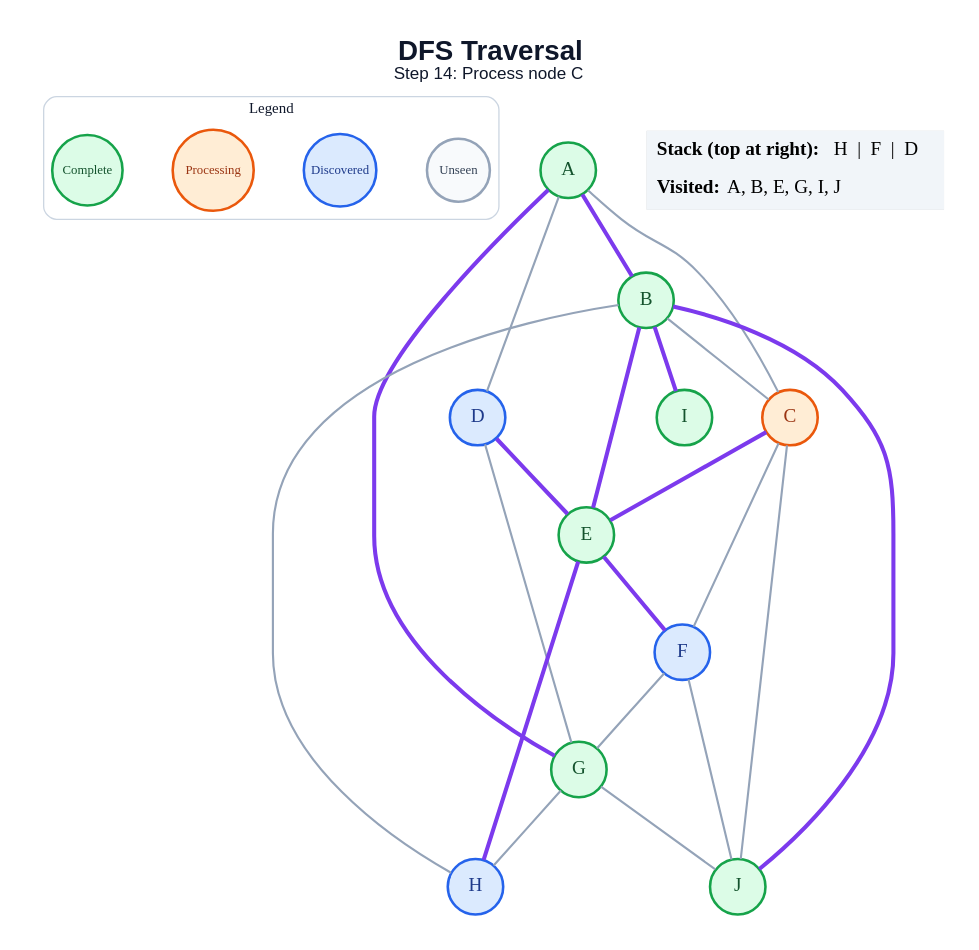
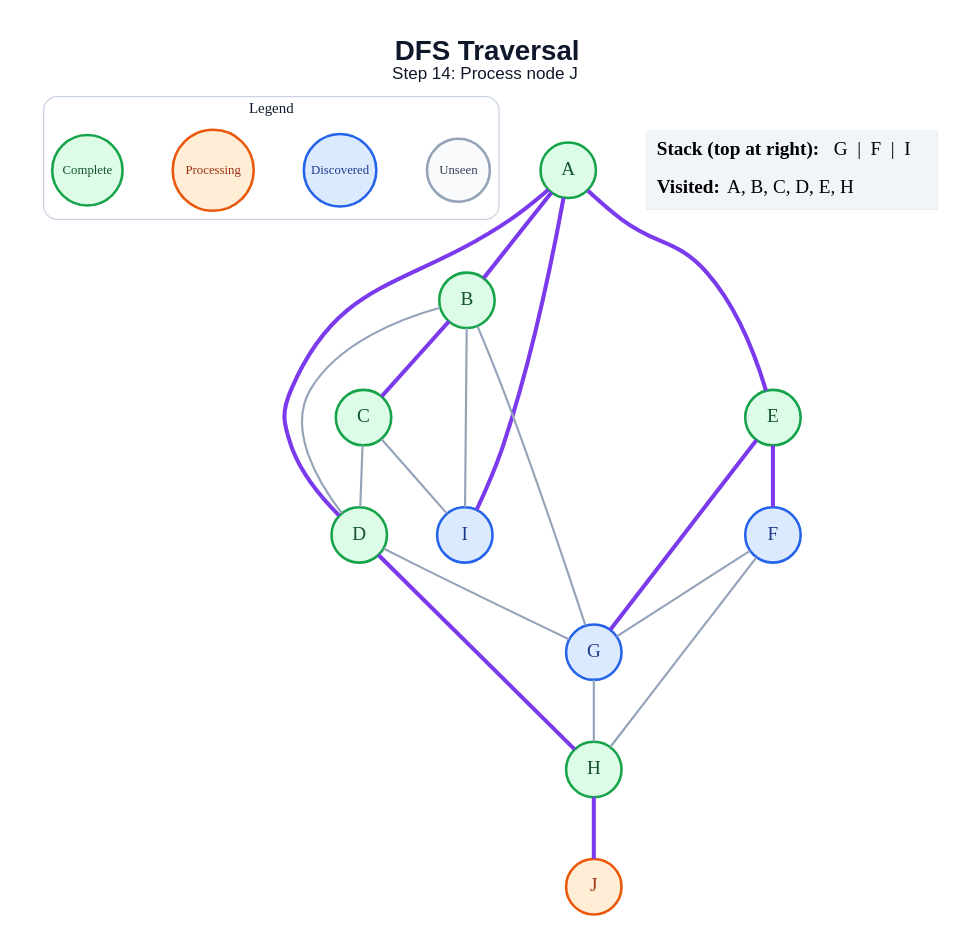
Before and after one commit to amanghodawala9/ai-slop: the diagram in generated/specific-node/dfs/step_14.dot, drawn with Graphviz. The commit also changed 178 other files, not shown here.

```diff
--- a/generated/specific-node/dfs/step_14.dot
+++ b/generated/specific-node/dfs/step_14.dot
@@ -1,49 +1,47 @@
 graph traversal {
   graph [layout=dot, rankdir=TB, bgcolor="#FFFFFF", pad="0.35", nodesep="0.65", ranksep="0.8", fontname="Arial"];
   node [shape=circle, style="filled", fontname="Arial Bold", fontsize=18, width=0.72, fixedsize=true, penwidth=2.4];
   edge [color="#94A3B8", penwidth=2.0];
-  label=<<B>DFS Traversal</B><BR/><FONT POINT-SIZE="16">Step 14: Process node C</FONT>>; labelloc="t"; fontsize=26; fontname="Arial"; fontcolor="#0F172A";
+  label=<<B>DFS Traversal</B><BR/><FONT POINT-SIZE="16">Step 14: Process node J</FONT>>; labelloc="t"; fontsize=26; fontname="Arial"; fontcolor="#0F172A";
   subgraph cluster_legend { label="Legend"; color="#CBD5E1"; penwidth=1.2; style="rounded"; fontsize=14; fontname="Arial Bold";
     key_unseen [label="Unseen", fillcolor="#F8FAFC", color="#94A3B8", fontcolor="#334155", fontsize=12, width=0.82];
     key_frontier [label="Discovered", fillcolor="#DBEAFE", color="#2563EB", fontcolor="#1E3A8A", fontsize=12, width=0.95];
     key_current [label="Processing", fillcolor="#FFEDD5", color="#EA580C", fontcolor="#9A3412", fontsize=12, width=1.05];
     key_done [label="Complete", fillcolor="#DCFCE7", color="#16A34A", fontcolor="#14532D", fontsize=12, width=0.92];
     { rank=same; key_unseen; key_frontier; key_current; key_done; }
   }
   A [fillcolor="#DCFCE7", color="#16A34A", fontcolor="#14532D"];
   B [fillcolor="#DCFCE7", color="#16A34A", fontcolor="#14532D"];
-  C [fillcolor="#FFEDD5", color="#EA580C", fontcolor="#9A3412"];
-  D [fillcolor="#DBEAFE", color="#2563EB", fontcolor="#1E3A8A"];
+  C [fillcolor="#DCFCE7", color="#16A34A", fontcolor="#14532D"];
+  D [fillcolor="#DCFCE7", color="#16A34A", fontcolor="#14532D"];
   E [fillcolor="#DCFCE7", color="#16A34A", fontcolor="#14532D"];
   F [fillcolor="#DBEAFE", color="#2563EB", fontcolor="#1E3A8A"];
-  G [fillcolor="#DCFCE7", color="#16A34A", fontcolor="#14532D"];
-  H [fillcolor="#DBEAFE", color="#2563EB", fontcolor="#1E3A8A"];
-  I [fillcolor="#DCFCE7", color="#16A34A", fontcolor="#14532D"];
-  J [fillcolor="#DCFCE7", color="#16A34A", fontcolor="#14532D"];
+  G [fillcolor="#DBEAFE", color="#2563EB", fontcolor="#1E3A8A"];
+  H [fillcolor="#DCFCE7", color="#16A34A", fontcolor="#14532D"];
+  I [fillcolor="#DBEAFE", color="#2563EB", fontcolor="#1E3A8A"];
+  J [fillcolor="#FFEDD5", color="#EA580C", fontcolor="#9A3412"];
   A -- B [color="#7C3AED", penwidth=3.8];
-  A -- C;
-  A -- D;
-  A -- G [color="#7C3AED", penwidth=3.8];
-  B -- C;
-  B -- E [color="#7C3AED", penwidth=3.8];
-  B -- H;
-  B -- I [color="#7C3AED", penwidth=3.8];
-  B -- J [color="#7C3AED", penwidth=3.8];
-  C -- E [color="#7C3AED", penwidth=3.8];
-  C -- F;
-  C -- J;
-  D -- E [color="#7C3AED", penwidth=3.8];
+  A -- D [color="#7C3AED", penwidth=3.8];
+  A -- E [color="#7C3AED", penwidth=3.8];
+  A -- I [color="#7C3AED", penwidth=3.8];
+  B -- C [color="#7C3AED", penwidth=3.8];
+  B -- D;
+  B -- G;
+  B -- I;
+  C -- D;
+  C -- I;
   D -- G;
+  D -- H [color="#7C3AED", penwidth=3.8];
   E -- F [color="#7C3AED", penwidth=3.8];
-  E -- H [color="#7C3AED", penwidth=3.8];
+  E -- G [color="#7C3AED", penwidth=3.8];
   F -- G;
-  F -- J;
+  F -- H;
   G -- H;
-  G -- J;
+  H -- J [color="#7C3AED", penwidth=3.8];
   status [shape=plain, fixedsize=false, width=0, height=0, margin=0, label=<
     <TABLE BORDER="0" CELLBORDER="0" CELLPADDING="7" BGCOLOR="#F1F5F9">
-      <TR><TD ALIGN="LEFT"><B>Stack (top at right):</B> H  |  F  |  D</TD></TR>
-      <TR><TD ALIGN="LEFT"><B>Visited:</B> A, B, E, G, I, J</TD></TR>
+      <TR><TD ALIGN="LEFT"><B>Stack (top at right):</B> G  |  F  |  I</TD></TR>
+      <TR><TD ALIGN="LEFT"><B>Visited:</B> A, B, C, D, E, H</TD></TR>
     </TABLE>
   >];
 }
```
